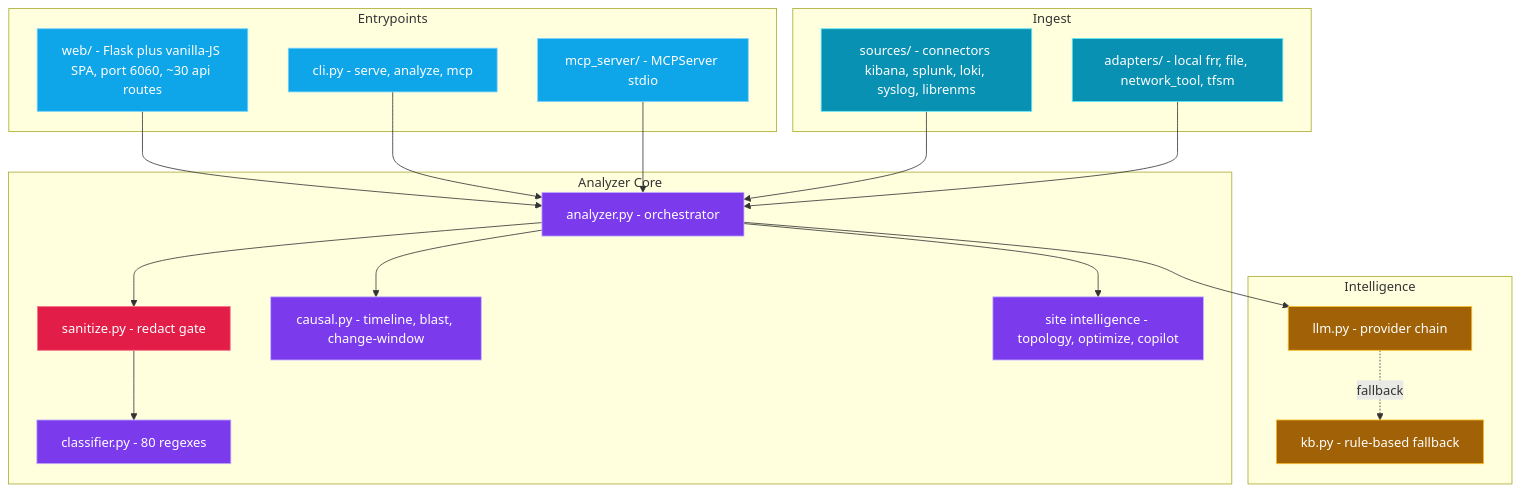
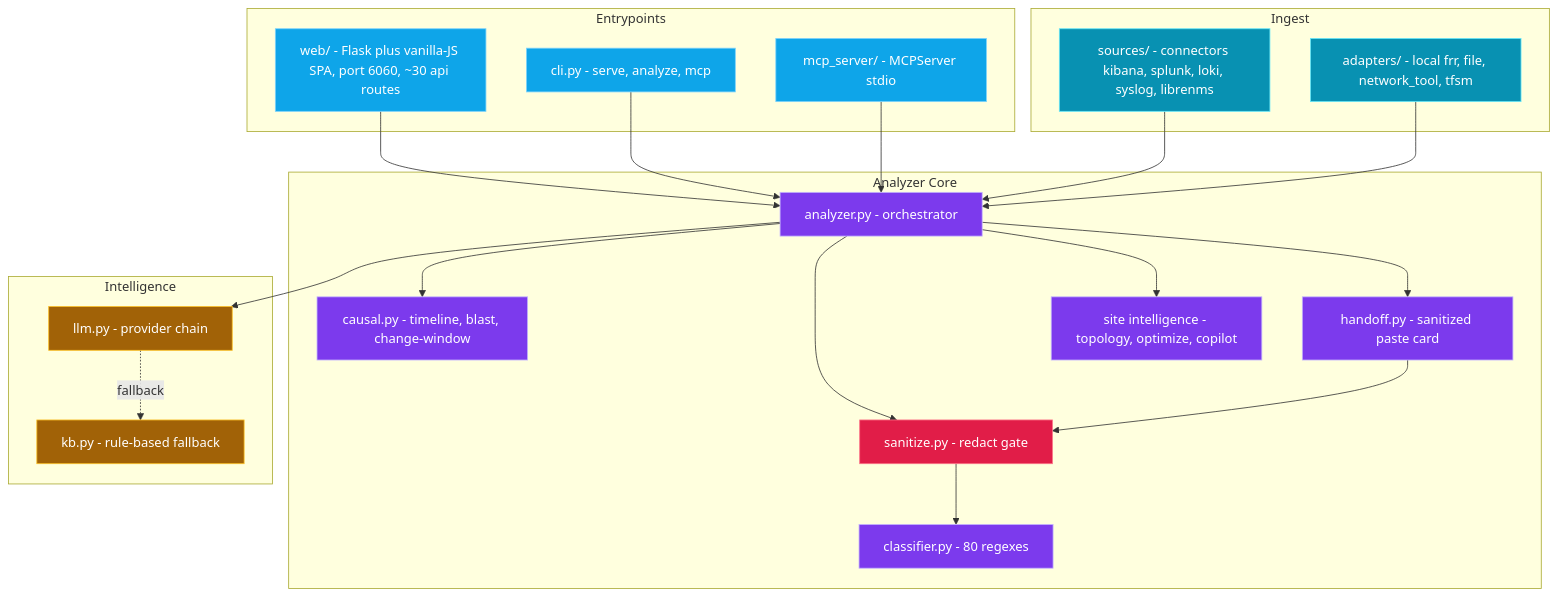
One commit to gesh75/netlog-ai changed the second of 7 diagrams in docs/ARCHITECTURE.md. Above: the diagram before and after it, drawn with Mermaid. The commit also changed other lines of this file and 8 other files, not shown here.

First line of the commit message:
feat: add a sanitized incident handoff for 0.7.0

````diff
--- a/docs/ARCHITECTURE.md
+++ b/docs/ARCHITECTURE.md
@@ -77,46 +77,48 @@
 ```mermaid
 flowchart TB
     subgraph ENTRY["Entrypoints"]
         WEB["web/ - Flask plus vanilla-JS SPA, port 6060, ~30 api routes"]
         CLI["cli.py - serve, analyze, mcp"]
         MCP["mcp_server/ - MCPServer stdio"]
     end
 
     subgraph INGEST["Ingest"]
         SRC["sources/ - connectors kibana, splunk, loki, syslog, librenms"]
         ADP["adapters/ - local frr, file, network_tool, tfsm"]
     end
 
     subgraph CORE["Analyzer Core"]
         SAN["sanitize.py - redact gate"]
         CLS["classifier.py - 80 regexes"]
         ANA["analyzer.py - orchestrator"]
         CAU["causal.py - timeline, blast, change-window"]
+        HND["handoff.py - sanitized paste card"]
         SITE["site intelligence - topology, optimize, copilot"]
     end
 
     subgraph BRAIN["Intelligence"]
         LLMC["llm.py - provider chain"]
         KB["kb.py - rule-based fallback"]
     end
 
     WEB & CLI & MCP --> ANA
     SRC & ADP --> ANA
     ANA --> SAN --> CLS
     ANA --> CAU
+    ANA --> HND --> SAN
     ANA --> SITE
     ANA --> LLMC
     LLMC -.fallback.-> KB
 
     classDef entry fill:#0ea5e9,stroke:#7dd3fc,color:#fff
     classDef in    fill:#0891b2,stroke:#67e8f9,color:#fff
     classDef gate  fill:#e11d48,stroke:#fb7185,color:#fff
     classDef core  fill:#7c3aed,stroke:#c4b5fd,color:#fff
     classDef brain fill:#a16207,stroke:#fbbf24,color:#fff
 
     class WEB,CLI,MCP entry
     class SRC,ADP in
     class SAN gate
-    class CLS,ANA,CAU,SITE core
+    class CLS,ANA,CAU,HND,SITE core
     class LLMC,KB brain
 ```
````
